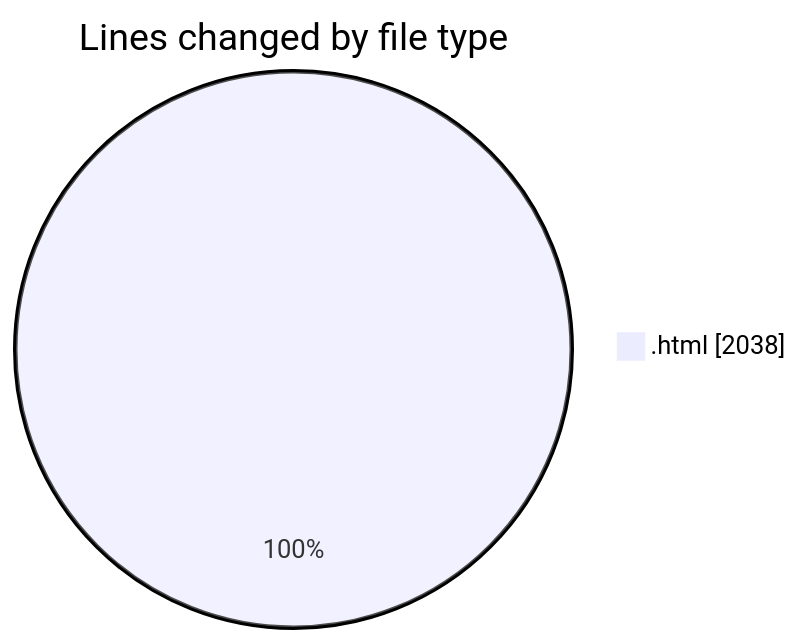
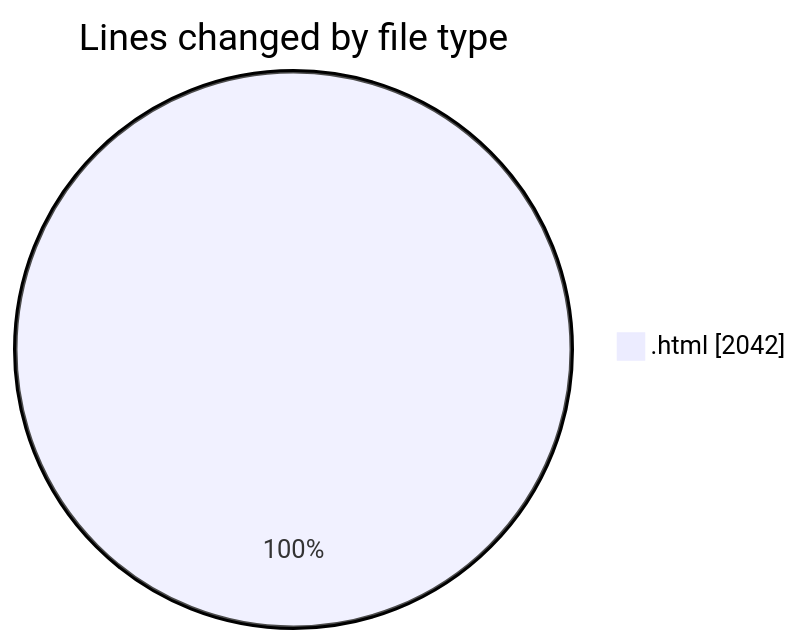
One commit to Ritupan-Deka/code-tracking changed the first of 2 diagrams in 2025-06-17/projects/README.md. Above: the diagram before and after it, drawn with Mermaid. The commit also changed other lines of this file and 1 other file, not shown here.

````diff
--- a/2025-06-17/projects/README.md
+++ b/2025-06-17/projects/README.md
@@ -21,5 +21,5 @@
 ```mermaid
 pie showData
 title Lines changed by file type
-".html" : 2038
+".html" : 2042
 ```
````
